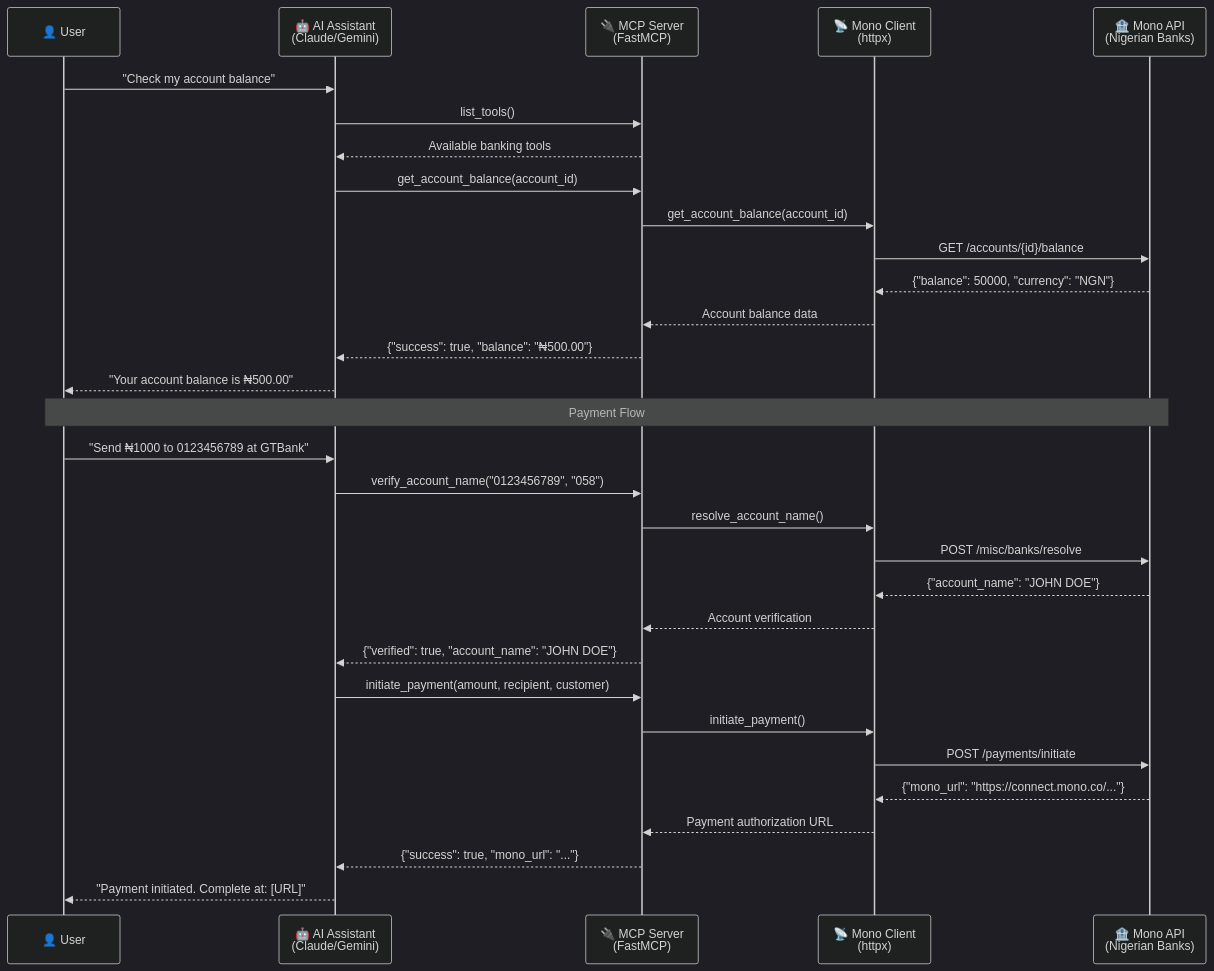
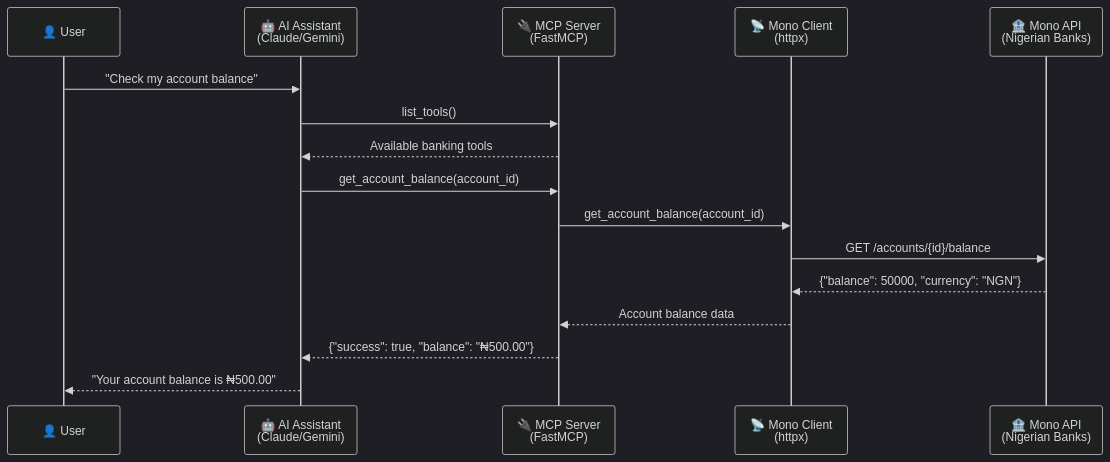
The diagram in README.md (kingstondoesit/mono-mcp), drawn with Mermaid (dark theme) before and after one commit. The commit also changed other lines of this file and 4 other files, not shown here.

````diff
--- a/README.md
+++ b/README.md
@@ -23,37 +23,20 @@
 ```mermaid
 sequenceDiagram
     participant User as 👤 User
     participant AI as 🤖 AI Assistant<br/>(Claude/Gemini)
     participant MCP as 🔌 MCP Server<br/>(FastMCP)
     participant Client as 📡 Mono Client<br/>(httpx)
     participant API as 🏦 Mono API<br/>(Nigerian Banks)
 
     User->>AI: "Check my account balance"
     AI->>MCP: list_tools()
     MCP-->>AI: Available banking tools
 
     AI->>MCP: get_account_balance(account_id)
     MCP->>Client: get_account_balance(account_id)
     Client->>API: GET /accounts/{id}/balance
     API-->>Client: {"balance": 50000, "currency": "NGN"}
     Client-->>MCP: Account balance data
     MCP-->>AI: {"success": true, "balance": "₦500.00"}
     AI-->>User: "Your account balance is ₦500.00"
-
-    Note over User,API: Payment Flow
-    User->>AI: "Send ₦1000 to 0123456789 at GTBank"
-    AI->>MCP: verify_account_name("0123456789", "058")
-    MCP->>Client: resolve_account_name()
-    Client->>API: POST /misc/banks/resolve
-    API-->>Client: {"account_name": "JOHN DOE"}
-    Client-->>MCP: Account verification
-    MCP-->>AI: {"verified": true, "account_name": "JOHN DOE"}
-
-    AI->>MCP: initiate_payment(amount, recipient, customer)
-    MCP->>Client: initiate_payment()
-    Client->>API: POST /payments/initiate
-    API-->>Client: {"mono_url": "https://connect.mono.co/..."}
-    Client-->>MCP: Payment authorization URL
-    MCP-->>AI: {"success": true, "mono_url": "..."}
-    AI-->>User: "Payment initiated. Complete at: [URL]"
 ```
````
